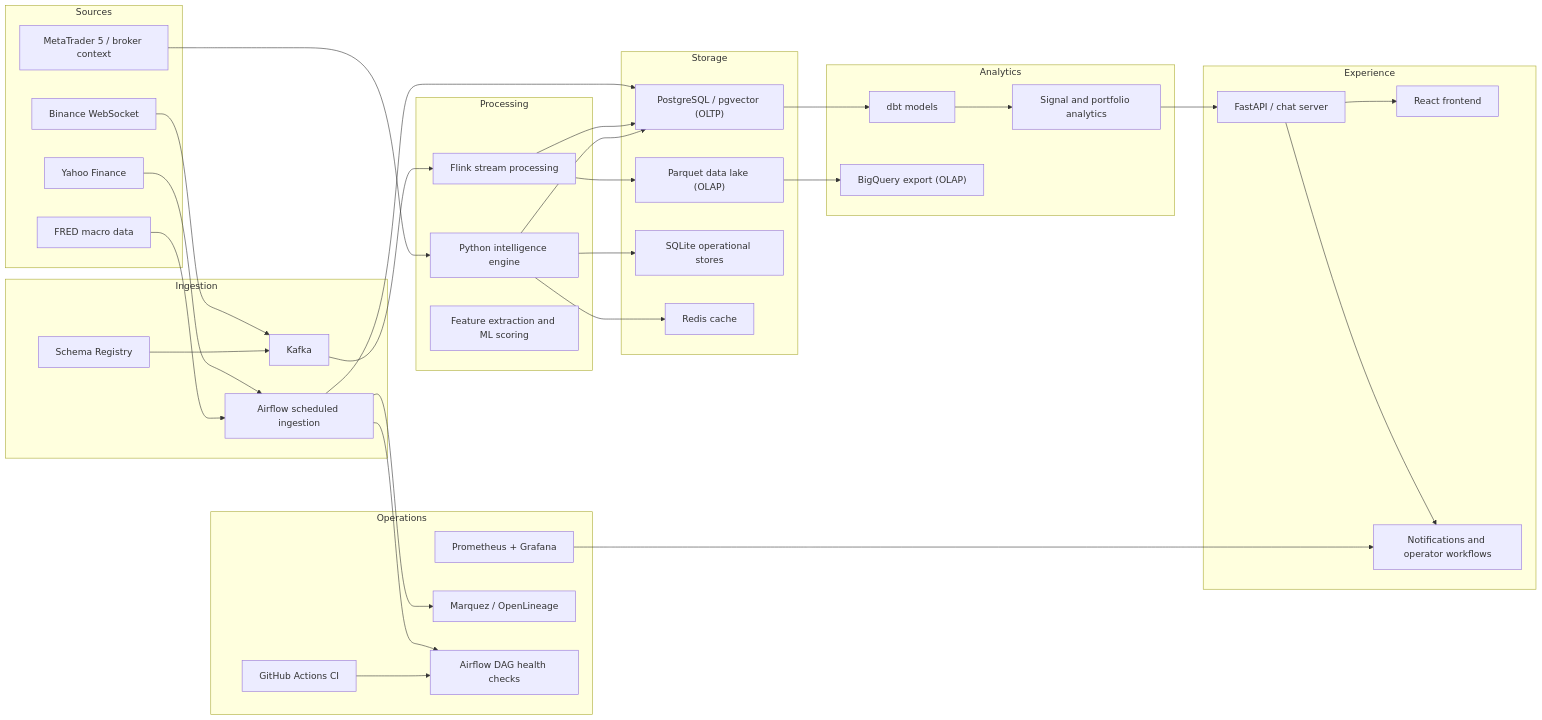
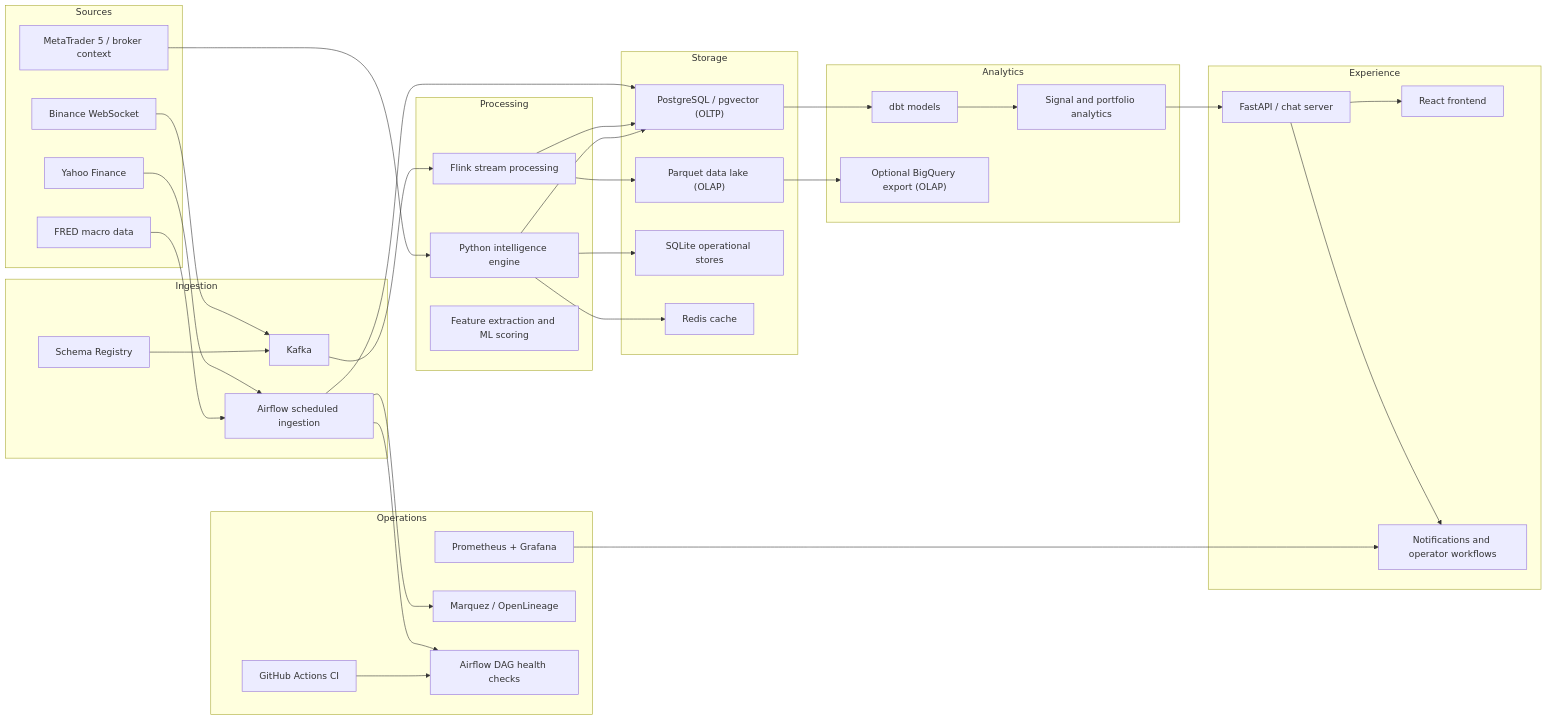
One commit to NateviratYungram/crypto-stream-ai changed the second of 4 diagrams in README.md. Above: the diagram before and after it, drawn with Mermaid. The commit also changed other lines of this file, not shown here.

````diff
--- a/README.md
+++ b/README.md
@@ -82,70 +82,70 @@
 ```mermaid
 flowchart LR
     subgraph Sources
         A1["Binance WebSocket"]
         A2["Yahoo Finance"]
         A3["FRED macro data"]
         A4["MetaTrader 5 / broker context"]
     end
 
     subgraph Ingestion
         B1["Kafka"]
         B2["Schema Registry"]
         B3["Airflow scheduled ingestion"]
     end
 
     subgraph Processing
         C1["Flink stream processing"]
         C2["Python intelligence engine"]
         C3["Feature extraction and ML scoring"]
     end
 
     subgraph Storage
         D1["PostgreSQL / pgvector (OLTP)"]
         D2["Parquet data lake (OLAP)"]
         D3["SQLite operational stores"]
         D4["Redis cache"]
     end
 
     subgraph Analytics
         E1["dbt models"]
-        E2["BigQuery export (OLAP)"]
+        E2["Optional BigQuery export (OLAP)"]
         E3["Signal and portfolio analytics"]
     end
 
     subgraph Experience
         F1["React frontend"]
         F2["FastAPI / chat server"]
         F3["Notifications and operator workflows"]
     end
 
     subgraph Operations
         G1["GitHub Actions CI"]
         G2["Prometheus + Grafana"]
         G3["Marquez / OpenLineage"]
         G4["Airflow DAG health checks"]
     end
 
     A1 --> B1
     A2 --> B3
     A3 --> B3
     A4 --> C2
     B2 --> B1
     B1 --> C1
     B3 --> D1
     C1 --> D1
     C1 --> D2
     C2 --> D1
     C2 --> D3
     C2 --> D4
     D1 --> E1
     D2 --> E2
     E1 --> E3
     E3 --> F2
     F2 --> F1
     F2 --> F3
     B3 --> G4
     B3 --> G3
     G1 --> G4
     G2 --> F3
 ```
````
